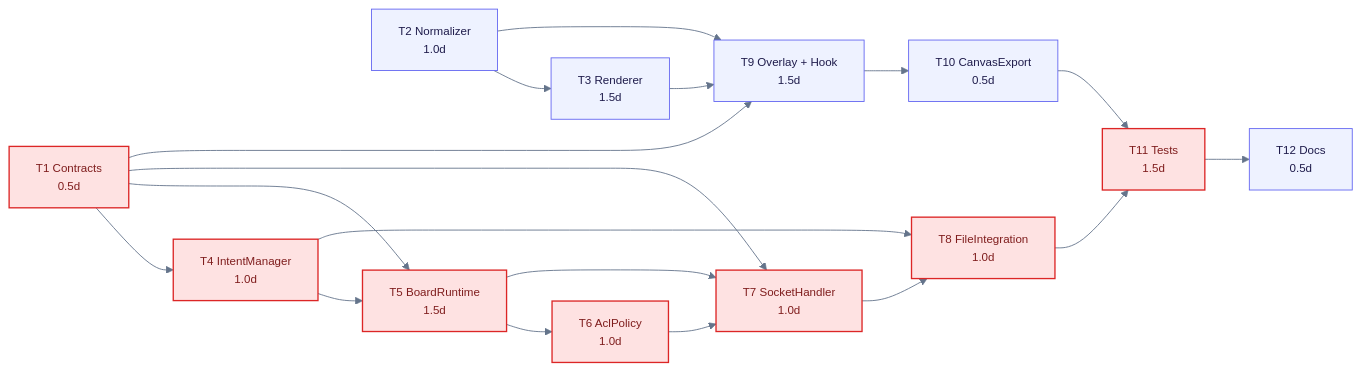
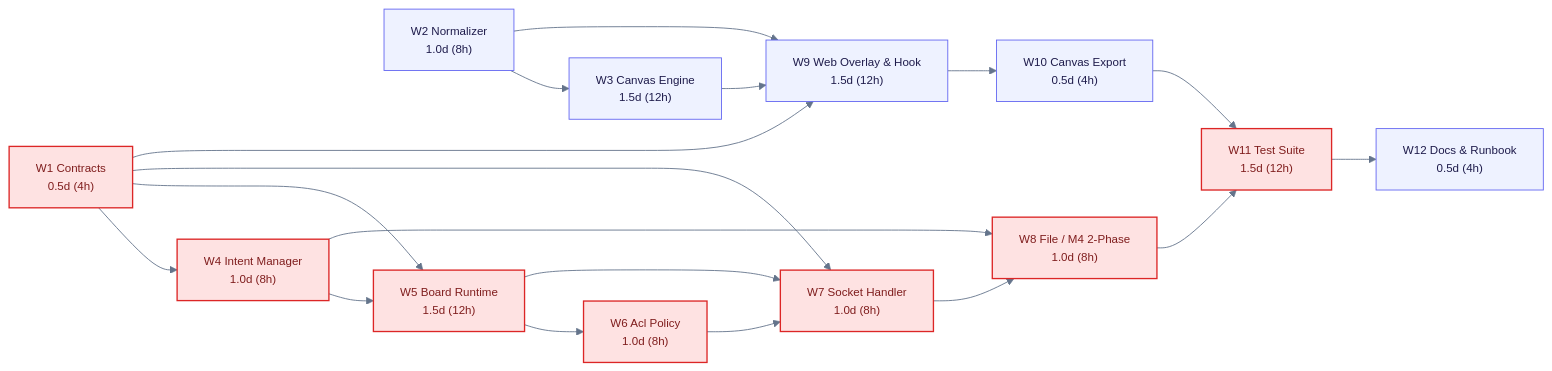
Before and after one commit to Lightning1507/CoLearnia: diagram 13 of 13 in docs/proposals/m5-board.md, drawn with Mermaid. The commit also changed other lines of this file, not shown here.

Commit message:
docs(board): address collaborator review on files schema, sync, permissions, and wbs

````diff
--- a/docs/proposals/m5-board.md
+++ b/docs/proposals/m5-board.md
@@ -1100,31 +1165,31 @@
 ```mermaid
 %%{init: {"theme":"base","themeVariables":{"fontFamily":"Inter, Helvetica, Arial","fontSize":"13px","primaryColor":"#EEF2FF","primaryBorderColor":"#6366F1","primaryTextColor":"#1E1B4B","lineColor":"#64748B"}}}%%
 flowchart LR
-T1["T1 Contracts<br/>0.5d"]
-T2["T2 Normalizer<br/>1.0d"]
-T3["T3 Renderer<br/>1.5d"]
-T4["T4 IntentManager<br/>1.0d"]
-T5["T5 BoardRuntime<br/>1.5d"]
-T6["T6 AclPolicy<br/>1.0d"]
-T7["T7 SocketHandler<br/>1.0d"]
-T8["T8 FileIntegration<br/>1.0d"]
-T9["T9 Overlay + Hook<br/>1.5d"]
-T10["T10 CanvasExport<br/>0.5d"]
-T11["T11 Tests<br/>1.5d"]
-T12["T12 Docs<br/>0.5d"]
+  W1["W1 Contracts<br/>0.5d (4h)"]
+  W2["W2 Normalizer<br/>1.0d (8h)"]
+  W3["W3 Canvas Engine<br/>1.5d (12h)"]
+  W4["W4 Intent Manager<br/>1.0d (8h)"]
+  W5["W5 Board Runtime<br/>1.5d (12h)"]
+  W6["W6 Acl Policy<br/>1.0d (8h)"]
+  W7["W7 Socket Handler<br/>1.0d (8h)"]
+  W8["W8 File / M4 2-Phase<br/>1.0d (8h)"]
+  W9["W9 Web Overlay & Hook<br/>1.5d (12h)"]
+  W10["W10 Canvas Export<br/>0.5d (4h)"]
+  W11["W11 Test Suite<br/>1.5d (12h)"]
+  W12["W12 Docs & Runbook<br/>0.5d (4h)"]
 
-T1 --> T4 --> T5 --> T6 --> T7 --> T8 --> T11 --> T12
-T1 --> T5
-T1 --> T7
-T5 --> T7
-T4 --> T8
-T2 --> T3 --> T9 --> T10 --> T11
-T1 --> T9
-T2 --> T9
+  W1 --> W4 --> W5 --> W6 --> W7 --> W8 --> W11 --> W12
+  W1 --> W5
+  W1 --> W7
+  W5 --> W7
+  W4 --> W8
+  W2 --> W3 --> W9 --> W10 --> W11
+  W1 --> W9
+  W2 --> W9
 
-classDef crit fill:#FEE2E2,stroke:#DC2626,stroke-width:1.5px,color:#7F1D1D
-classDef norm fill:#EEF2FF,stroke:#6366F1,stroke-width:1px,color:#1E1B4B
+  classDef crit fill:#FEE2E2,stroke:#DC2626,stroke-width:1.5px,color:#7F1D1D
+  classDef norm fill:#EEF2FF,stroke:#6366F1,stroke-width:1px,color:#1E1B4B
 
-class T1,T4,T5,T6,T7,T8,T11 crit
-class T2,T3,T9,T10,T12 norm
+  class W1,W4,W5,W6,W7,W8,W11 crit
+  class W2,W3,W9,W10,W12 norm
 ```
````
